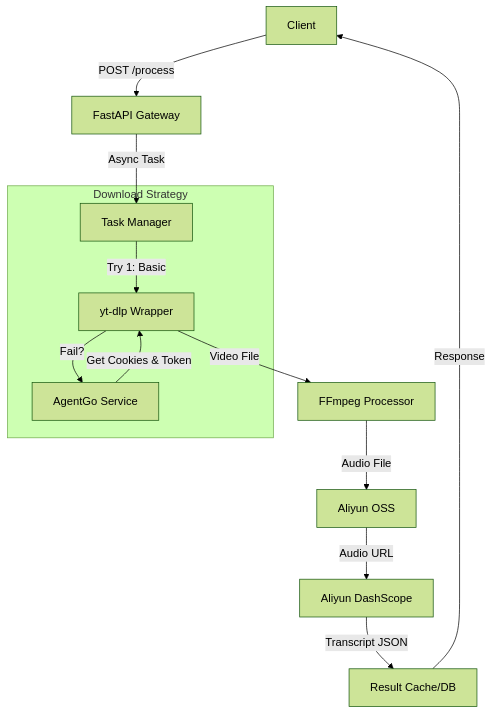
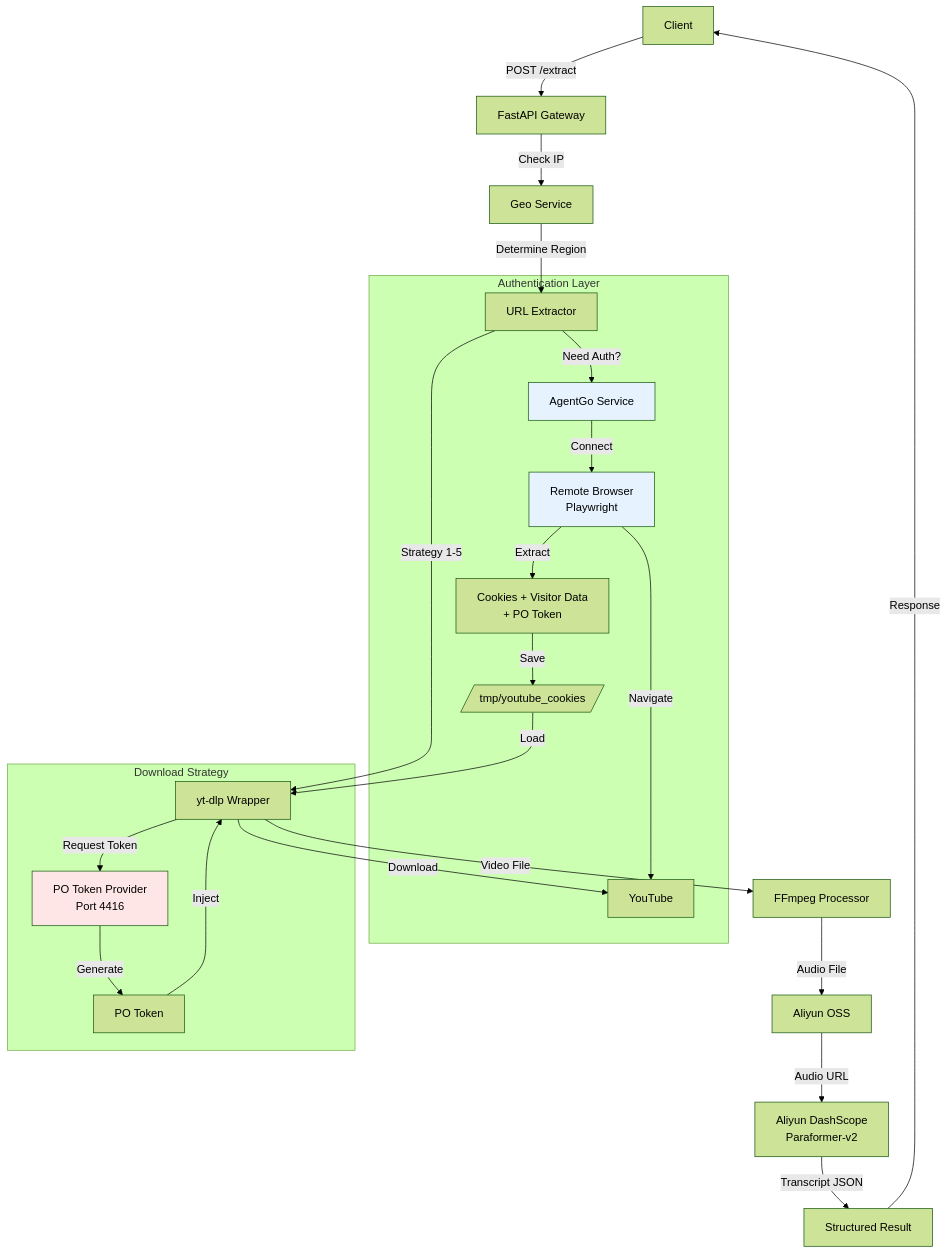
The first of 2 diagrams in docs/backend/README.md (PCcoding666/youtube_download), drawn with Mermaid (forest theme) before and after one commit. The commit also changed other lines of this file and 5 other files, not shown here.

````diff
--- a/docs/backend/README.md
+++ b/docs/backend/README.md
@@ -47,18 +98,34 @@
 ```mermaid
 graph TD
-    User[Client] -->|POST /process| API[FastAPI Gateway]
-    API -->|Async Task| Manager[Task Manager]
+    User[Client] -->|POST /extract| API[FastAPI Gateway]
+    API -->|Check IP| Geo[Geo Service]
+    Geo -->|Determine Region| Manager[URL Extractor]
+    
+    subgraph "Authentication Layer"
+        Manager -->|Need Auth?| Agent[AgentGo Service]
+        Agent -->|Connect| Browser[Remote Browser<br/>Playwright]
+        Browser -->|Navigate| YT[YouTube]
+        Browser -->|Extract| Tokens[Cookies + Visitor Data<br/>+ PO Token]
+        Tokens -->|Save| CookieFile[/tmp/youtube_cookies/]
+    end
     
     subgraph "Download Strategy"
-        Manager -->|Try 1: Basic| DL[yt-dlp Wrapper]
-        DL -->|Fail?| Agent[AgentGo Service]
-        Agent -->|Get Cookies & Token| DL
+        Manager -->|Strategy 1-5| DL[yt-dlp Wrapper]
+        DL -->|Request Token| POT[PO Token Provider<br/>Port 4416]
+        POT -->|Generate| Token[PO Token]
+        Token -->|Inject| DL
+        CookieFile -->|Load| DL
+        DL -->|Download| YT
     end
     
     DL -->|Video File| FFmpeg[FFmpeg Processor]
     FFmpeg -->|Audio File| OSS[Aliyun OSS]
-    OSS -->|Audio URL| AI[Aliyun DashScope]
-    AI -->|Transcript JSON| DB[Result Cache/DB]
+    OSS -->|Audio URL| AI[Aliyun DashScope<br/>Paraformer-v2]
+    AI -->|Transcript JSON| Result[Structured Result]
     
-    DB -->|Response| User
+    Result -->|Response| User
+    
+    style POT fill:#ffe6e6
+    style Agent fill:#e6f3ff
+    style Browser fill:#e6f3ff
 ```
````
